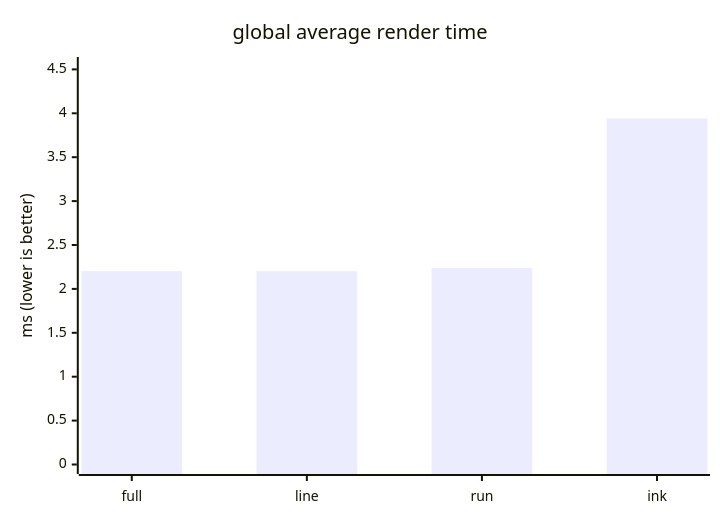
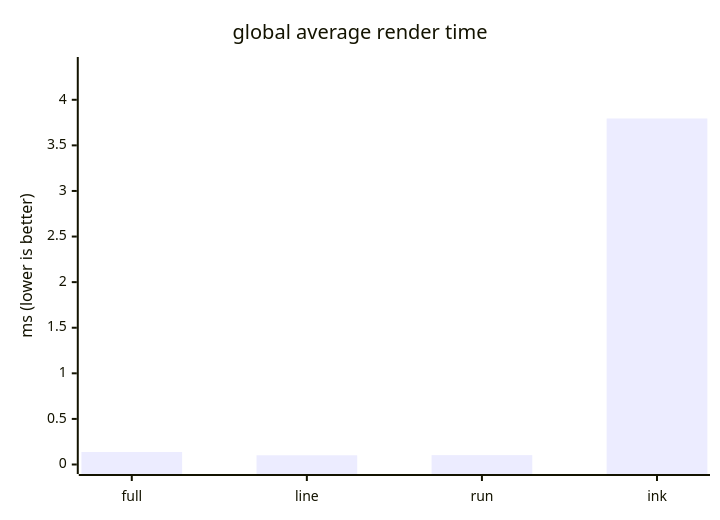
The ninth of 10 diagrams in docs/benchmark.md (ByteLandTechnology/tinky), drawn with Mermaid before and after one commit. The commit also changed other lines of this file and 15 other files, not shown here.

````diff
--- a/docs/benchmark.md
+++ b/docs/benchmark.md
@@ -157,7 +157,7 @@
 ```mermaid
 xychart-beta
     title "global average render time"
     x-axis ["full", "line", "run", "ink"]
-    y-axis "ms (lower is better)" 0 --> 4.533
-    bar [2.203, 2.202, 2.237, 3.942]
+    y-axis "ms (lower is better)" 0 --> 4.365
+    bar [0.137, 0.101, 0.103, 3.795]
 ```
````
